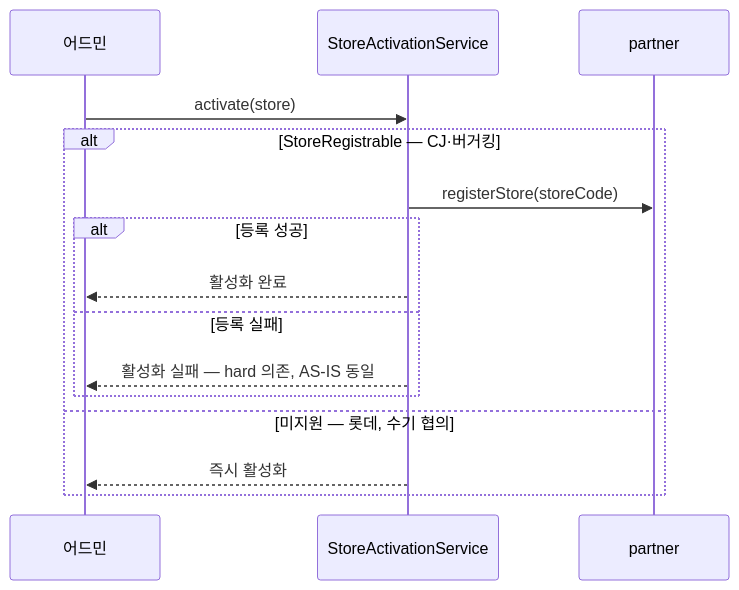
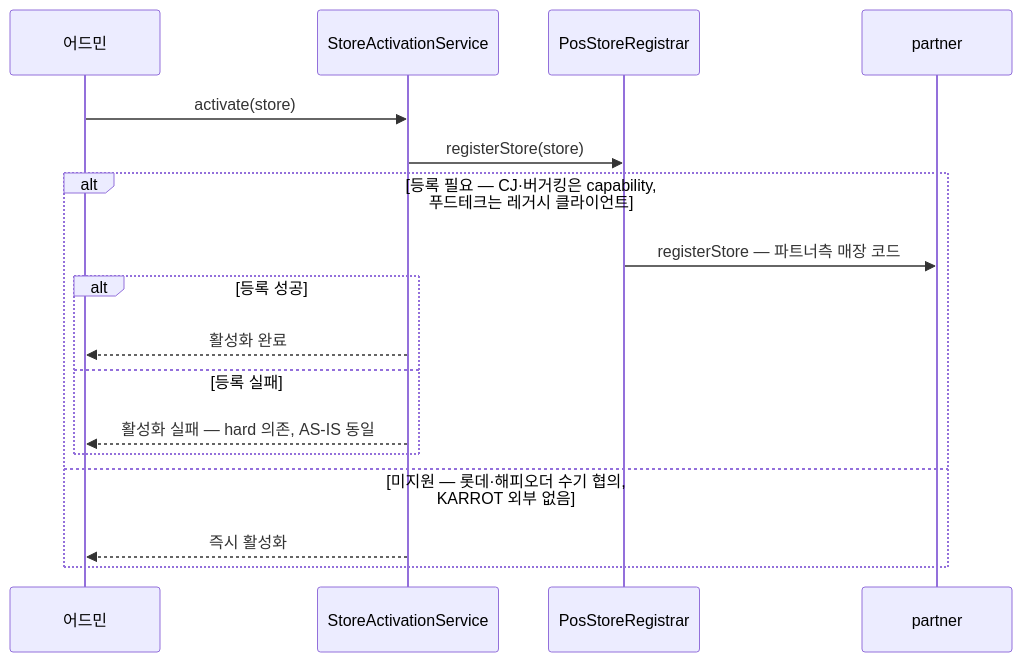
One commit to BokDoong/direct-connect-pos changed the fourth of 4 diagrams in docs/04-to-be-architecture.md. Above: the diagram before and after it, drawn with Mermaid. The commit also changed other lines of this file and 3 other files, not shown here.

````diff
--- a/docs/04-to-be-architecture.md
+++ b/docs/04-to-be-architecture.md
@@ -234,18 +257,20 @@
 ```mermaid
 sequenceDiagram
     participant A as 어드민
     participant SAS as StoreActivationService
+    participant PSR as PosStoreRegistrar
     participant P as partner
 
     A->>SAS: activate(store)
-    alt StoreRegistrable — CJ·버거킹
-        SAS->>P: registerStore(storeCode)
+    SAS->>PSR: registerStore(store)
+    alt 등록 필요 — CJ·버거킹은 capability, 푸드테크는 레거시 클라이언트
+        PSR->>P: registerStore — 파트너측 매장 코드
         alt 등록 성공
             SAS-->>A: 활성화 완료
         else 등록 실패
             SAS-->>A: 활성화 실패 — hard 의존, AS-IS 동일
         end
-    else 미지원 — 롯데, 수기 협의
+    else 미지원 — 롯데·해피오더 수기 협의, KARROT 외부 없음
         SAS-->>A: 즉시 활성화
     end
 ```
````
